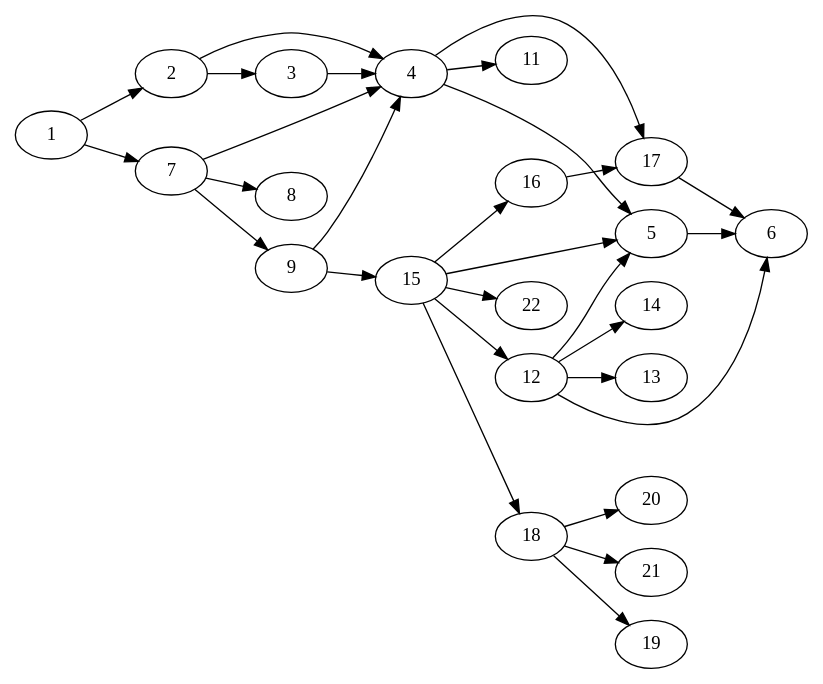
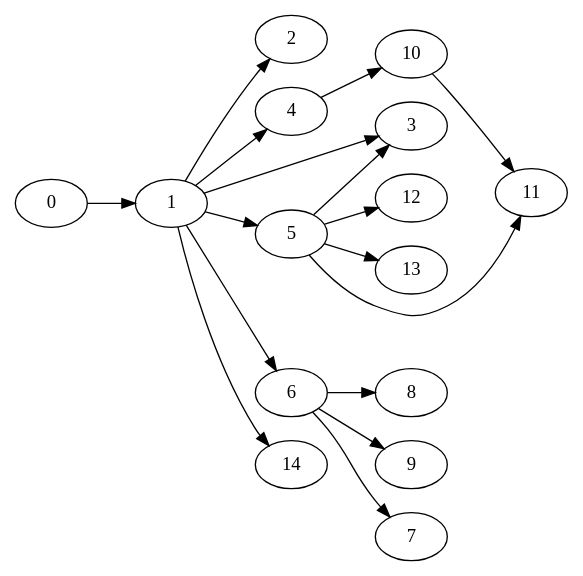
The diagram in DipLatex-dot2tex-fig1.dot (trim1962/dipModtex), drawn with Graphviz before and after one commit. The commit also changed 54 other files, not shown here.

```diff
--- a/DipLatex-dot2tex-fig1.dot
+++ b/DipLatex-dot2tex-fig1.dot
@@ -1,1 +1,34 @@
- digraph G{ rankdir="LR"; 1 [style="main node",texlbl="crop"]; 2 [style="main2 node",texlbl="color"]; 3 [style="cfg node",texlbl="color.cfg"]; 4 [style="driver node",texlbl="pdftex.def"]; 5 [style="internal node",texlbl="infwarerr"]; 6 [style="internal node",texlbl="latexcmds"]; 7 [style="main2 node",texlbl="graphics"]; 8 [style="internal node",texlbl="trig"]; 9 [style="cfg node",texlbl="graphics.cfg"]; 11 [style="internal node",texlbl="supp-pdf.mkii"]; 12 [style="internal node",texlbl="pdftexcmds"]; 13 [style="internal node",texlbl="ifluatex"]; 14 [style="internal node",texlbl="ifpdf"]; 15 [style="driver node",texlbl="epstopdf-base"]; 16 [style="internal node",texlbl="grfext"]; 17 [style="internal node",texlbl="keydefinekys"]; 18 [style="internal node",texlbl="kvoptions"]; 19 [style="internal node",texlbl="keyval"]; 20 [style="internal node",texlbl="kvsetkeys"]; 21 [style="internal node",texlbl="etexcmds"]; 22 [style="cfg node",texlbl="epstopdf-sys.cfg"]; 1->2 1->7 2->3 3->4 2->4 4->11 4->5 5->6 7->4 7->8 7->9 9->15 4->17 15->5 15->18 15->16 15->12 12->5 12->6 12->14 12->13 16->17 17->6 18->19 18->20 18->21 15->22 9->4 } 
+digraph G{
+rankdir="LR";
+0 [style="main node",texlbl="epstopdf"]
+1 [style="main node",texlbl="epstopdf-base"]
+2 [style="cfg node",texlbl="epstopdf-sys.cfg"]
+3 [style="internal node",texlbl="infwarerr"]
+4 [style="internal node",texlbl="grfext"]
+5 [style="internal node",texlbl="pdftexcmds"]
+6 [style="internal node",texlbl="kvoptions"]
+7 [style="internal node",texlbl="keyval"]
+8 [style="internal node",texlbl="kvsetkeys"]
+9 [style="internal node",texlbl="etexcmds"]
+10 [style="internal node",texlbl="kvdefinekeys"]
+11 [style="internal node",texlbl="ltxcmds"]
+12 [style="internal node",texlbl="ifpdf"]
+13 [style="internal node",texlbl="ifluatex"]
+14 [style="cfg node",texlbl="epstopdf.cfg"]
+0->1
+1->2
+1->3
+1->4
+1->5
+1->6
+6->7
+6->8
+6->9
+4->10
+10->11
+5->3
+5->11
+5->12
+5->13
+1->14
+}
```
